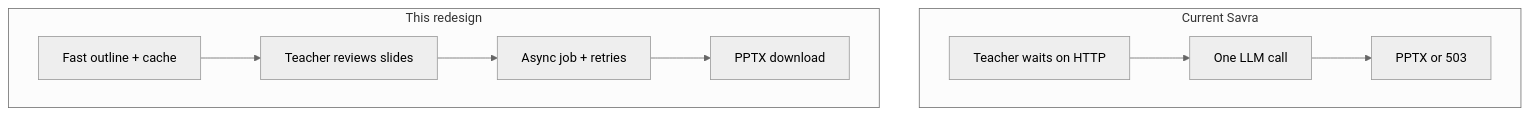
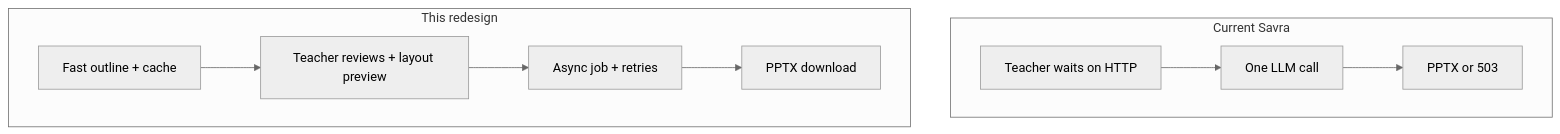
The fourth of 4 diagrams in architecture/diagram.md (BishalJena/savra-gen), drawn with Mermaid (neutral theme) before and after one commit. The commit also changed other lines of this file and 44 other files, not shown here.

First line of the commit message:
Enhance PPT generation system with layout preview and per-slide population.

````diff
--- a/architecture/diagram.md
+++ b/architecture/diagram.md
@@ -121,17 +130,17 @@
 ```mermaid
 flowchart TB
   subgraph old [Current Savra]
     O1[Teacher waits on HTTP]
     O2[One LLM call]
     O3[PPTX or 503]
     O1 --> O2 --> O3
   end
 
   subgraph new [This redesign]
     N1[Fast outline + cache]
-    N2[Teacher reviews slides]
+    N2[Teacher reviews + layout preview]
     N3[Async job + retries]
     N4[PPTX download]
     N1 --> N2 --> N3 --> N4
   end
 ```
````
